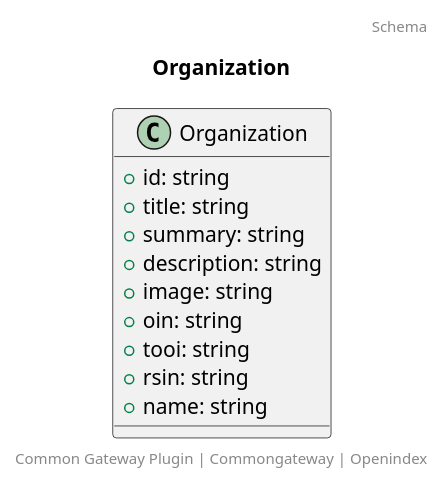
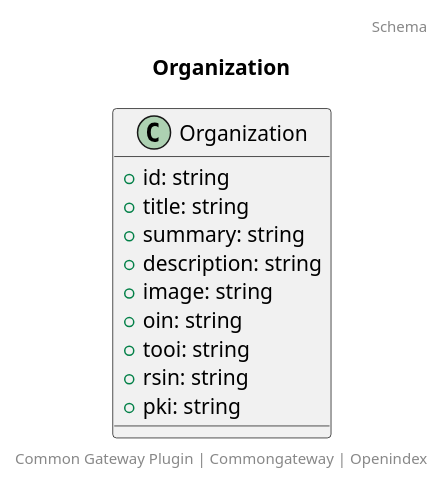
Before and after one commit to CommonGateway/OpenIndex: the diagram in docs/schema/Organization.puml, drawn with PlantUML. The commit also changed 28 other files, not shown here.

```diff
--- a/docs/schema/Organization.puml
+++ b/docs/schema/Organization.puml
@@ -1,17 +1,17 @@
 @startuml
 title: Organization
 footer: Common Gateway Plugin | Commongateway | Openindex 
 header: Schema
 
 class Organization {
   + id: string
   + title: string
   + summary: string
   + description: string
   + image: string
   + oin: string
   + tooi: string
   + rsin: string
-  + name: string
+  + pki: string
 }
 @enduml
```
